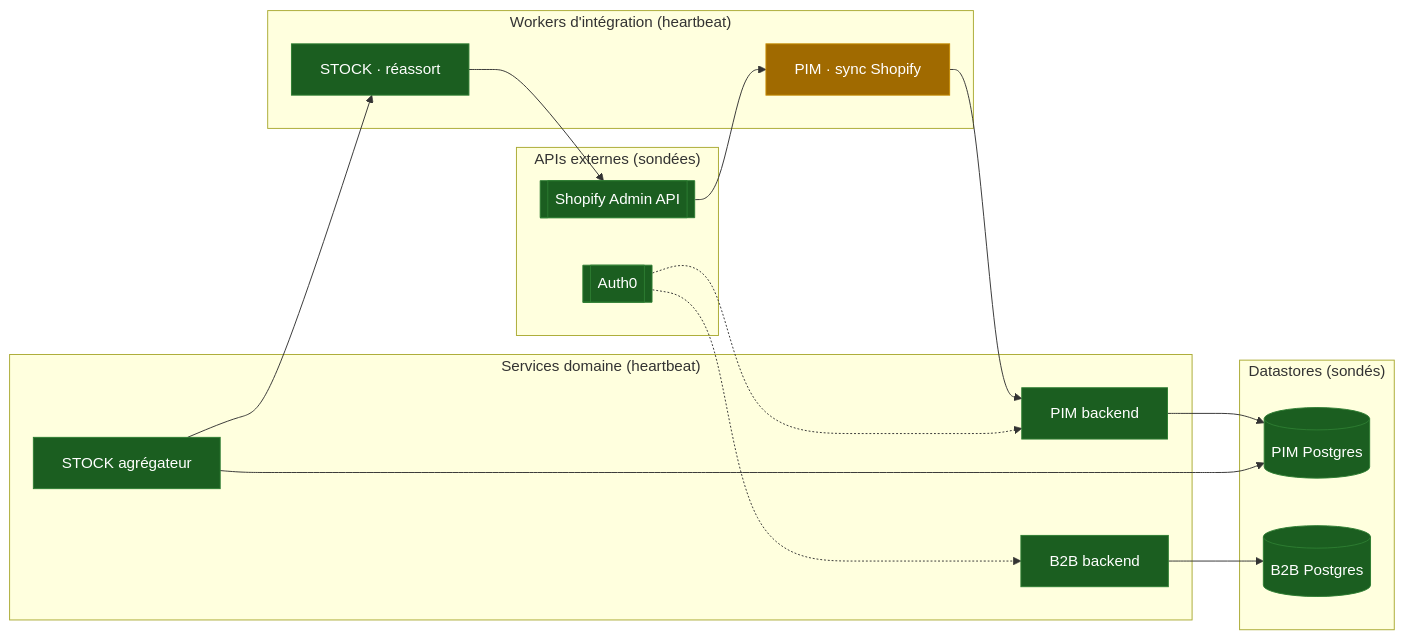
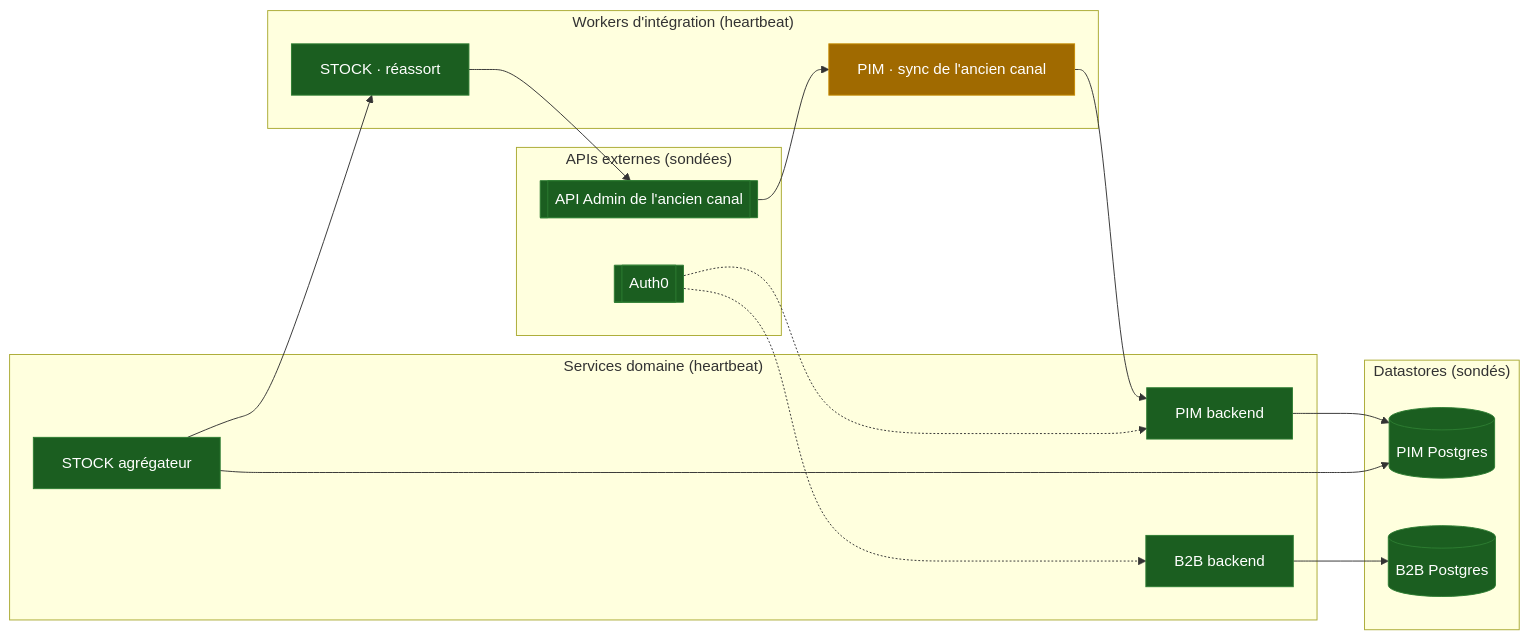
One commit to hugoheynard/lfd changed the first of 2 diagrams in documentation/suite/architecture-ops-ecosystem-health.md. Above: the diagram before and after it, drawn with Mermaid. The commit also changed other lines of this file and 39 other files, not shown here.

````diff
--- a/documentation/suite/architecture-ops-ecosystem-health.md
+++ b/documentation/suite/architecture-ops-ecosystem-health.md
@@ -68,31 +72,31 @@
 ```mermaid
 flowchart LR
   subgraph ext["APIs externes (sondées)"]
-    SHOP[["Shopify Admin API"]]:::up
+    SHOP[["API Admin de l'ancien canal"]]:::up
     AUTH[["Auth0"]]:::up
   end
   subgraph workers["Workers d'intégration (heartbeat)"]
-    SYNC["PIM · sync Shopify"]:::degraded
+    SYNC["PIM · sync de l'ancien canal"]:::degraded
     RESTOCK["STOCK · réassort"]:::up
   end
   subgraph services["Services domaine (heartbeat)"]
     PIM["PIM backend"]:::up
     B2B["B2B backend"]:::up
     STOCK["STOCK agrégateur"]:::up
   end
   subgraph data["Datastores (sondés)"]
     PGP[("PIM Postgres")]:::up
     PGB[("B2B Postgres")]:::up
   end
 
   SHOP --> SYNC --> PIM --> PGP
   STOCK --> RESTOCK --> SHOP
   AUTH -.-> PIM
   AUTH -.-> B2B
   B2B --> PGB
   STOCK --> PGP
 
   classDef up fill:#1b5e20,color:#fff,stroke:#2e7d32;
   classDef degraded fill:#a06a00,color:#fff,stroke:#c68a00;
   classDef down fill:#7f1d1d,color:#fff,stroke:#b91c1c;
 ```
````
